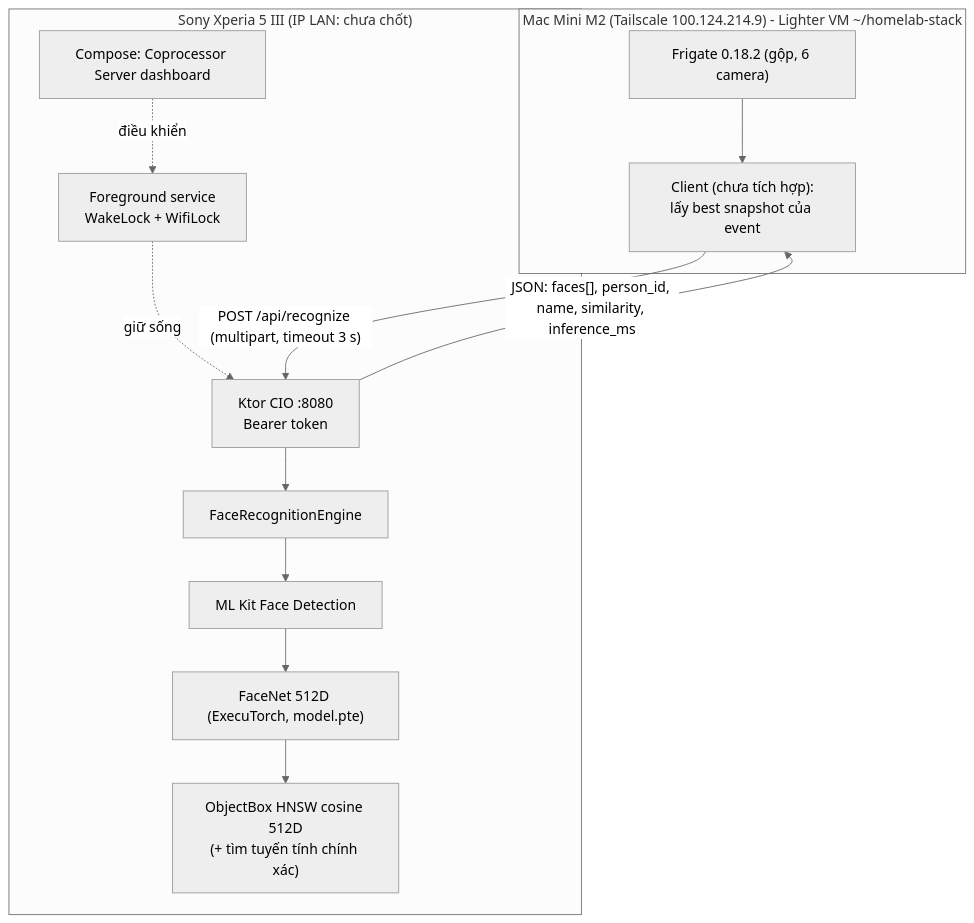
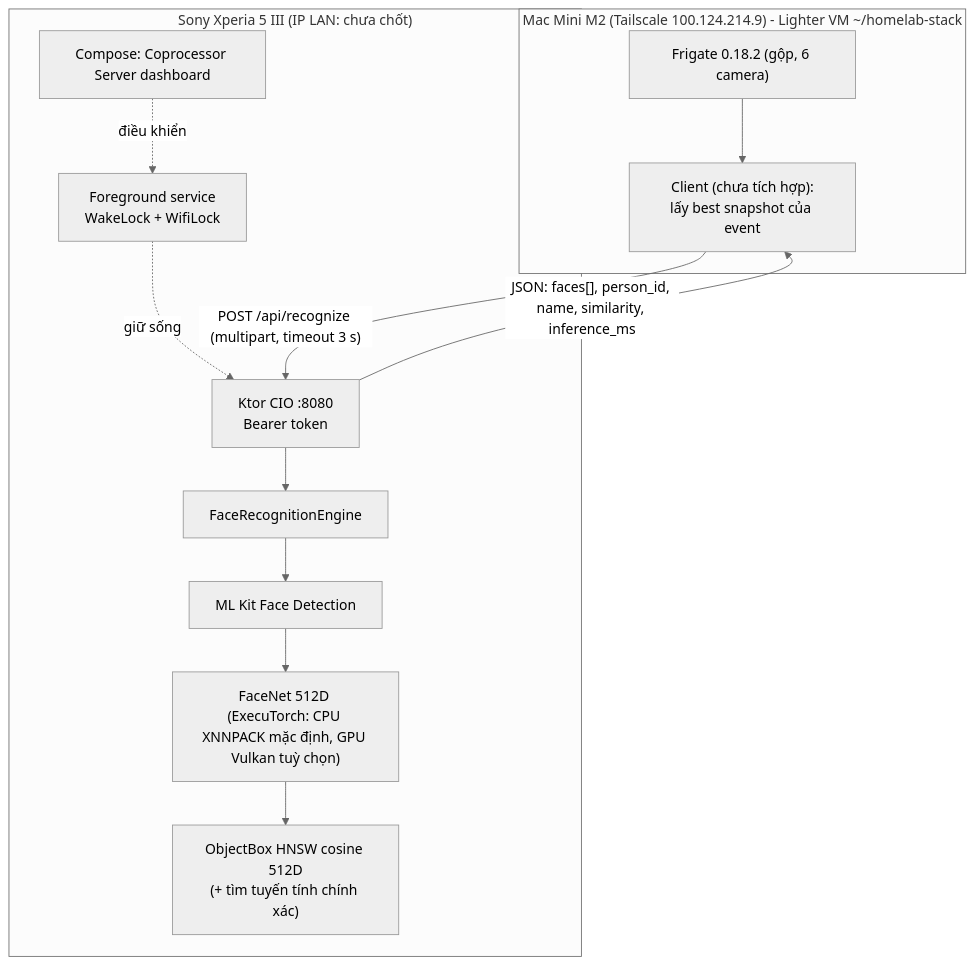
The diagram in docs/coprocessor/README.md (nguyenhoangvannha/OnDevice-Face-Recognition-Android), drawn with Mermaid (neutral theme) before and after one commit. The commit also changed other lines of this file and 34 other files, not shown here.

First line of the commit message:
feat(inference): let users choose CPU or GPU (Vulkan) backend with CPU fallback

````diff
--- a/docs/coprocessor/README.md
+++ b/docs/coprocessor/README.md
@@ -48,16 +51,16 @@
 ```mermaid
 flowchart TD
     subgraph Mini["Mac Mini M2 (Tailscale 100.124.214.9) - Lighter VM ~/homelab-stack"]
         FRIGATE["Frigate 0.18.2 (gộp, 6 camera)"] --> CLIENT["Client (chưa tích hợp):\nlấy best snapshot của event"]
     end
     subgraph Phone["Sony Xperia 5 III (IP LAN: chưa chốt)"]
         KTOR["Ktor CIO :8080\nBearer token"] --> ENGINE[FaceRecognitionEngine]
         ENGINE --> DET["ML Kit Face Detection"]
-        DET --> EMB["FaceNet 512D (ExecuTorch, model.pte)"]
+        DET --> EMB["FaceNet 512D (ExecuTorch: CPU XNNPACK mặc định, GPU Vulkan tuỳ chọn)"]
         EMB --> DB["ObjectBox HNSW cosine 512D\n(+ tìm tuyến tính chính xác)"]
         FGS["Foreground service\nWakeLock + WifiLock"] -.giữ sống.-> KTOR
         UI["Compose: Coprocessor Server dashboard"] -.điều khiển.-> FGS
     end
     CLIENT -->|"POST /api/recognize (multipart, timeout 3 s)"| KTOR
     KTOR -->|"JSON: faces[], person_id, name, similarity, inference_ms"| CLIENT
 ```
````
